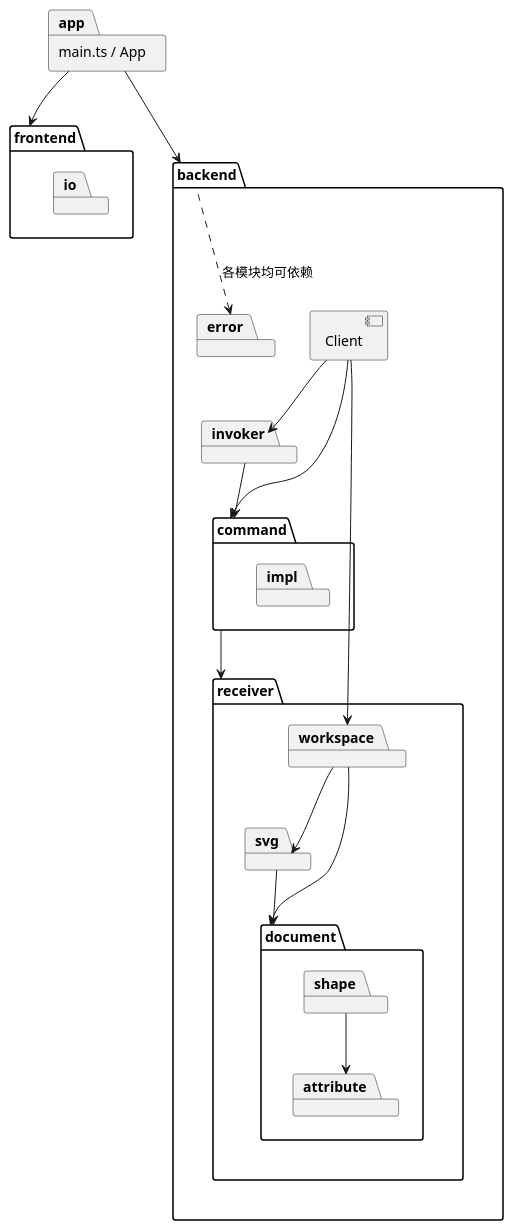
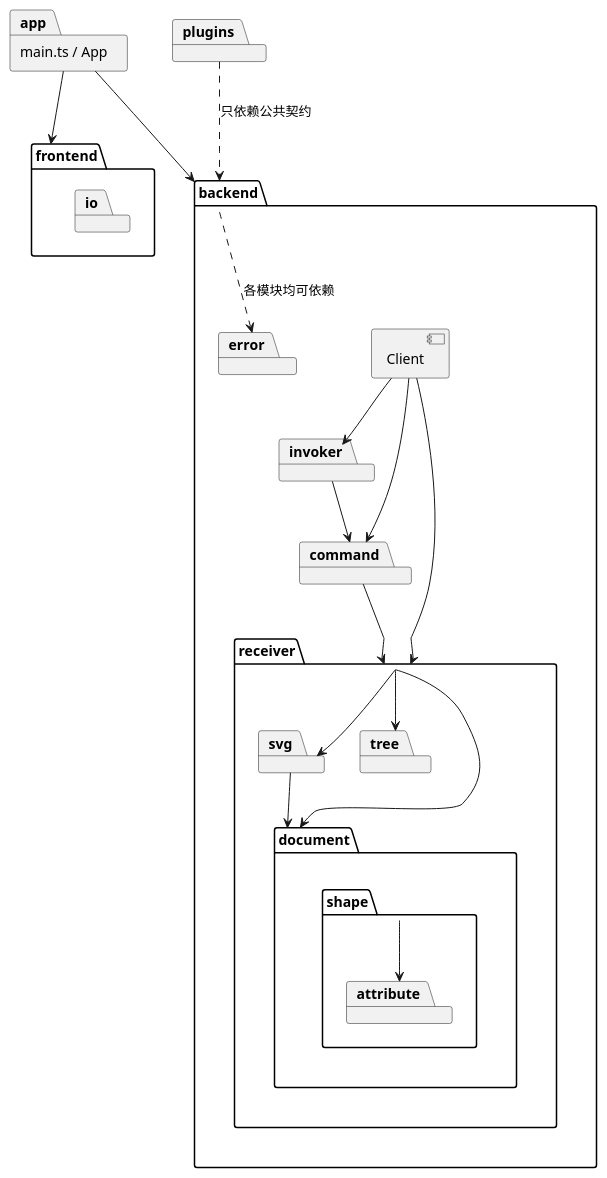
The third of 3 diagrams in doc/README.md (Jiadezhende/svg-editor), drawn with PlantUML before and after one commit. The commit also changed other lines of this file and 1 other file, not shown here.

````diff
--- a/doc/README.md
+++ b/doc/README.md
@@ -191,37 +194,39 @@
 ```plantuml
 @startuml
 package "main.ts / App" as app
 package "frontend" as frontend {
   package io
 }
 package "backend" as backend {
   component Client
   package invoker
-  package command {
-    package impl
-  }
+  package command
   package receiver {
-    package workspace
     package document {
-      package shape
-      package attribute
+      package shape {
+        package attribute
+      }
     }
     package svg
+    package tree
   }
   package error
 }
+package "plugins" as plugins
 
 app --> frontend
 app --> backend
 Client --> invoker
 Client --> command
-Client --> workspace
+Client --> receiver
 invoker --> command
 command --> receiver
-workspace --> document
-workspace --> svg
+receiver --> document
+receiver --> svg
+receiver --> tree
 svg --> document
 shape --> attribute
 backend ..> error : 各模块均可依赖
+plugins ..> backend : 只依赖公共契约
 @enduml
 ```
````
